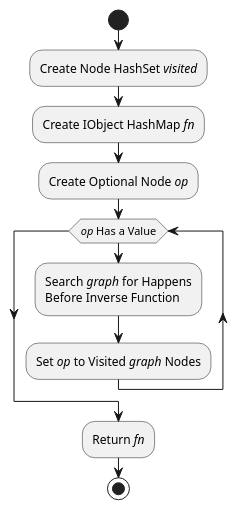
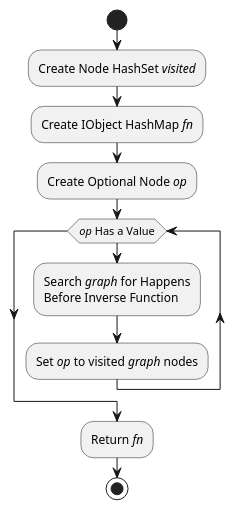
Before and after one commit to ontological-behavior-modeling/tester: the diagram in src/main/javadoc/edu/gatech/gtri/obm/translator/alloy/graph/doc-files/Graph2AlloyExpr_getHappensBeforeInvFunction.puml, drawn with PlantUML. The commit also changed 56 other files, not shown here.

```diff
--- a/src/main/javadoc/edu/gatech/gtri/obm/translator/alloy/graph/doc-files/Graph2AlloyExpr_getHappensBeforeInvFunction.puml
+++ b/src/main/javadoc/edu/gatech/gtri/obm/translator/alloy/graph/doc-files/Graph2AlloyExpr_getHappensBeforeInvFunction.puml
@@ -1,13 +1,13 @@
 @startuml
 start
 :Create Node HashSet //visited//;
 :Create IObject HashMap //fn//;
 :Create Optional Node //op//;
 while(//op// Has a Value)
 :Search //graph// for Happens 
 Before Inverse Function;
-:Set //op// to Visited //graph// Nodes;
+:Set //op// to visited //graph// nodes;
 endwhile
 :Return //fn//;
 stop
 @enduml
```
